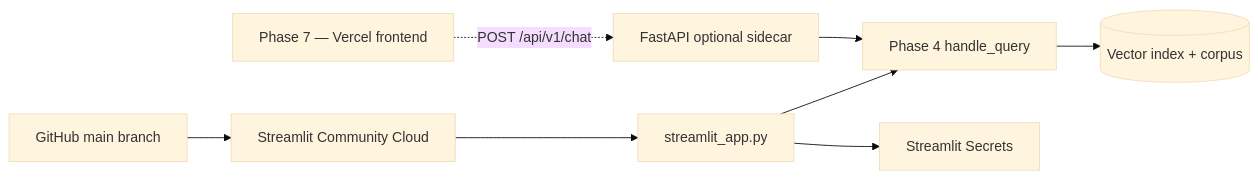
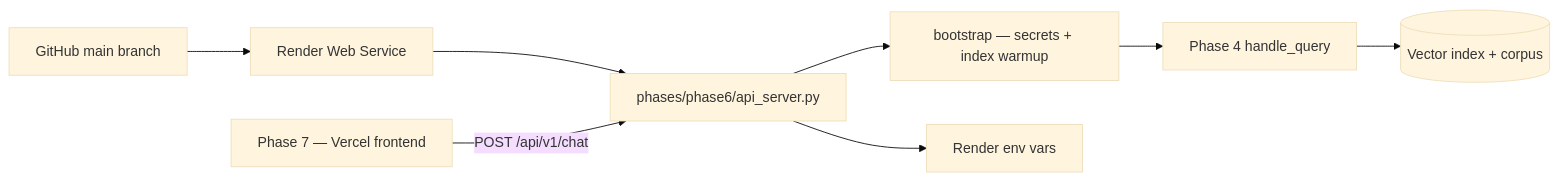
One commit to tejas2904-RM/P1-RAGBot changed the seventh of 8 diagrams in Docs/PhaseWiseArchitecture.md. Above: the diagram before and after it, drawn with Mermaid (base theme). The commit also changed other lines of this file and 24 other files, not shown here.

First line of the commit message:
Deploy Phase 6 on Render and Phase 7 on Vercel.

````diff
--- a/Docs/PhaseWiseArchitecture.md
+++ b/Docs/PhaseWiseArchitecture.md
@@ -973,10 +974,10 @@
 ```mermaid
 flowchart LR
-    GH[GitHub main branch] --> SC[Streamlit Community Cloud]
-    SC --> App[streamlit_app.py]
-    App --> Pipeline[Phase 4 handle_query]
+    GH[GitHub main branch] --> Render[Render Web Service]
+    Render --> API[phases/phase6/api_server.py]
+    API --> Bootstrap[bootstrap — secrets + index warmup]
+    Bootstrap --> Pipeline[Phase 4 handle_query]
     Pipeline --> Index[(Vector index + corpus)]
-    App --> Secrets[Streamlit Secrets]
-    Vercel[Phase 7 — Vercel frontend] -.->|POST /api/v1/chat| API[FastAPI optional sidecar]
-    API --> Pipeline
+    API --> Secrets[Render env vars]
+    Vercel[Phase 7 — Vercel frontend] -->|POST /api/v1/chat| API
 ```
````
